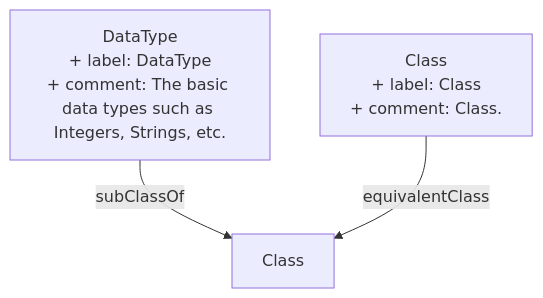
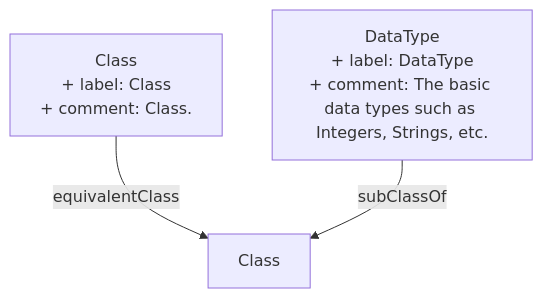
Before and after one commit to heidingaway/heidi2: the diagram in content/schema/Class.md, drawn with Mermaid. The commit also changed other lines of this file and 372 other files, not shown here.

````diff
--- a/content/schema/Class.md
+++ b/content/schema/Class.md
@@ -18,8 +20,8 @@
 ```mermaid
 graph TD
   Class["Class"]:::current-page-node
   Class_1["Class<br>+ label: Class<br>+ comment: Class."]
   DataType["DataType<br>+ label: DataType<br>+ comment: The basic data types such as Integers, Strings, etc."]
+  Class_1-->|" equivalentClass "|Class
   DataType-->|" subClassOf "|Class
-  Class_1-->|" equivalentClass "|Class
 ```
````
